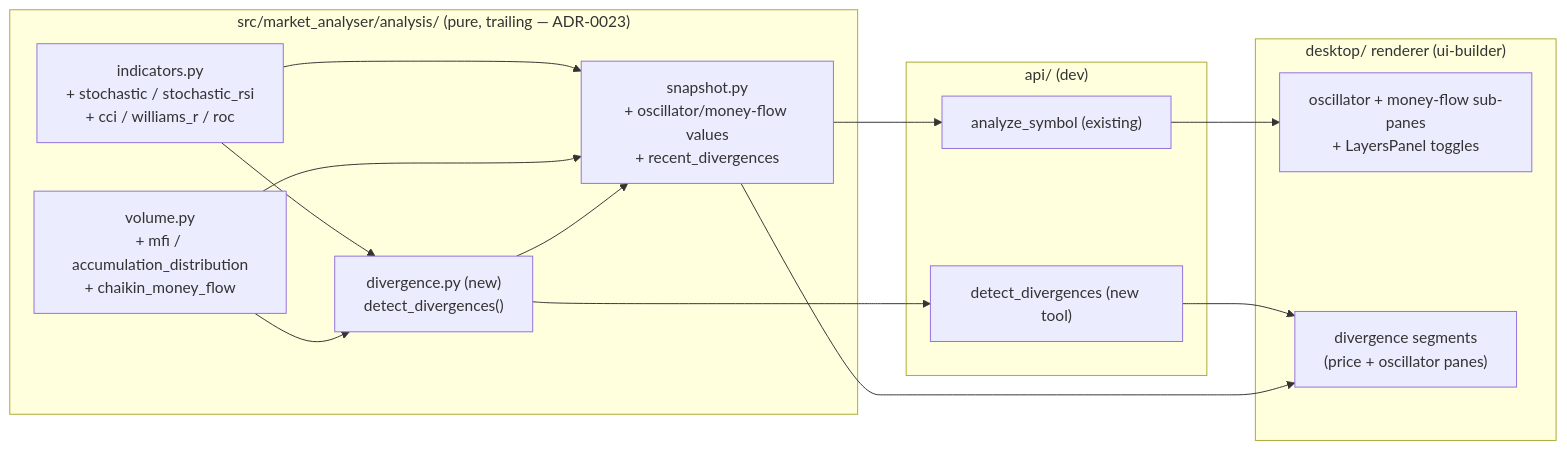
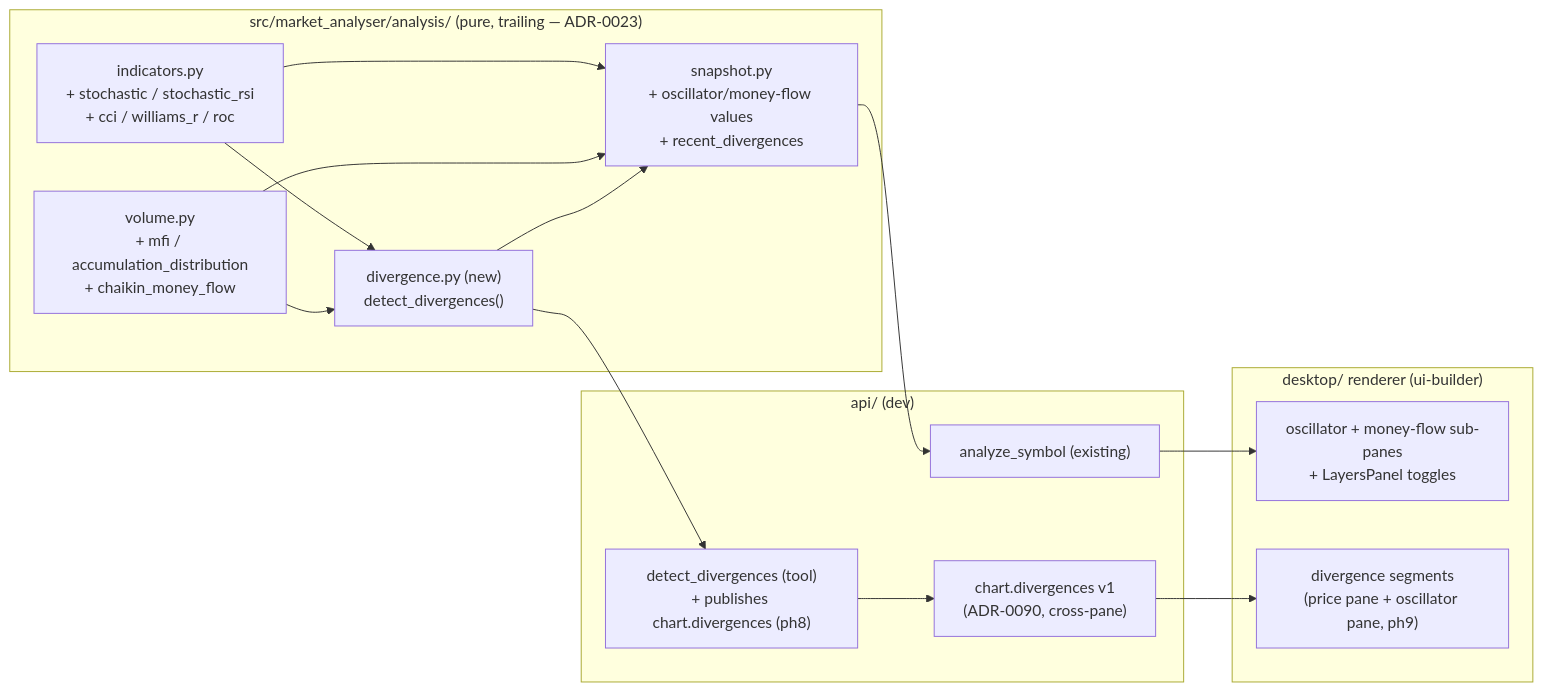
One commit to IgorKonovalov/market-analyzer changed the diagram in docs/architecture/plans/0091-momentum-divergence-moneyflow-layer.md. Above: the diagram before and after it, drawn with Mermaid. The commit also changed other lines of this file and 3 other files, not shown here.

````diff
--- a/docs/architecture/plans/0091-momentum-divergence-moneyflow-layer.md
+++ b/docs/architecture/plans/0091-momentum-divergence-moneyflow-layer.md
@@ -43,25 +51,25 @@
 ```mermaid
 flowchart LR
     subgraph analysis["src/market_analyser/analysis/ (pure, trailing — ADR-0023)"]
         IND["indicators.py<br/>+ stochastic / stochastic_rsi<br/>+ cci / williams_r / roc"]
         VOL["volume.py<br/>+ mfi / accumulation_distribution<br/>+ chaikin_money_flow"]
         DIV["divergence.py (new)<br/>detect_divergences()"]
         SNAP["snapshot.py<br/>+ oscillator/money-flow values<br/>+ recent_divergences"]
         IND --> SNAP
         VOL --> SNAP
         IND --> DIV
         VOL --> DIV
         DIV --> SNAP
     end
     subgraph api["api/ (dev)"]
         AZ["analyze_symbol (existing)"]
-        DTOOL["detect_divergences (new tool)"]
+        DTOOL["detect_divergences (tool)<br/>+ publishes chart.divergences (ph8)"]
+        CHAN["chart.divergences v1<br/>(ADR-0090, cross-pane)"]
     end
     subgraph ui["desktop/ renderer (ui-builder)"]
         PANES["oscillator + money-flow sub-panes<br/>+ LayersPanel toggles"]
-        DVIS["divergence segments<br/>(price + oscillator panes)"]
+        DVIS["divergence segments<br/>(price pane + oscillator pane, ph9)"]
     end
     SNAP --> AZ --> PANES
-    DIV --> DTOOL --> DVIS
-    SNAP --> DVIS
+    DIV --> DTOOL --> CHAN --> DVIS
 ```
````
